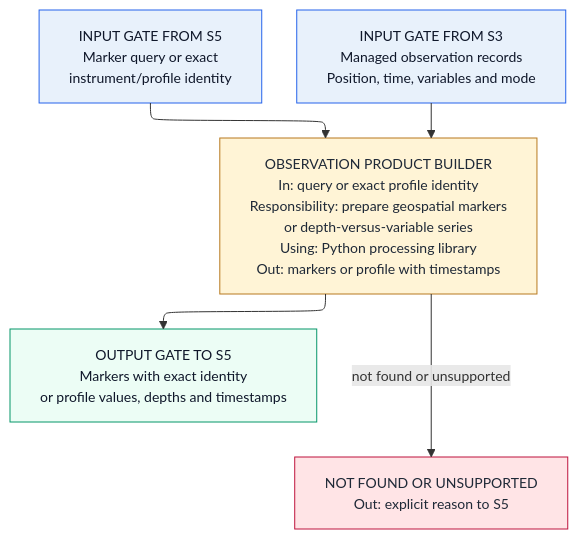
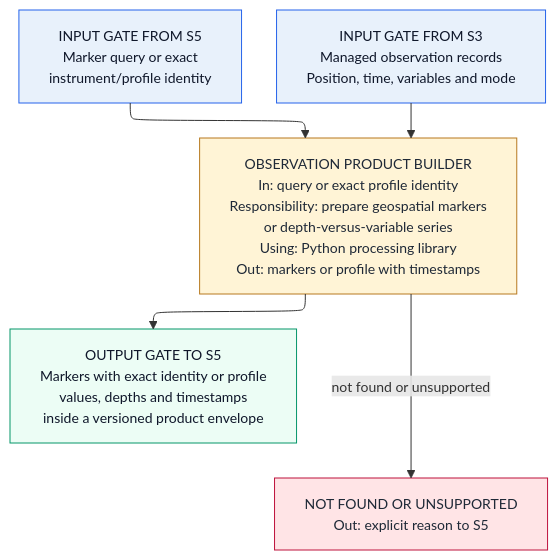
The sixth of 10 diagrams in docs/architecture/LLD_INCOIS_3D_Ocean_Data_Visualization_System.md (CSubham/incois-3d-ocean-visualization), drawn with Mermaid before and after one commit. The commit also changed other lines of this file and 2 other files, not shown here.

````diff
--- a/docs/architecture/LLD_INCOIS_3D_Ocean_Data_Visualization_System.md
+++ b/docs/architecture/LLD_INCOIS_3D_Ocean_Data_Visualization_System.md
@@ -188,19 +232,19 @@
 ```mermaid
 %%{init: {"layout": "elk", "flowchart": {"wrappingWidth": 300, "rankSpacing": 35, "nodeSpacing": 20}, "themeVariables": {"fontSize": "14px"}}}%%
 flowchart TB
     REQ["INPUT GATE FROM S5<br/>Marker query or exact<br/>instrument/profile identity"]:::gate
     DATA["INPUT GATE FROM S3<br/>Managed observation records<br/>Position, time, variables and mode"]:::gate
     M6["OBSERVATION PRODUCT BUILDER<br/>In: query or exact profile identity<br/>Responsibility: prepare geospatial markers<br/>or depth-versus-variable series<br/>Using: Python processing library<br/>Out: markers or profile with timestamps"]:::mod
     F["NOT FOUND OR UNSUPPORTED<br/>Out: explicit reason to S5"]:::fail
-    OUT["OUTPUT GATE TO S5<br/>Markers with exact identity<br/>or profile values, depths and timestamps"]:::out
+    OUT["OUTPUT GATE TO S5<br/>Markers with exact identity or profile<br/>values, depths and timestamps<br/>inside a versioned product envelope"]:::out
 
     REQ --> M6
     DATA --> M6
     M6 --> OUT
     M6 -- "not found or unsupported" --> F
 
     classDef gate fill:#E8F1FB,stroke:#2563EB,color:#0F172A;
     classDef mod fill:#FFF4D6,stroke:#B7791F,color:#1F2937;
     classDef out fill:#ECFDF5,stroke:#059669,color:#0F172A;
     classDef fail fill:#FFE4E6,stroke:#BE123C,color:#1F2937;
 ```
````
